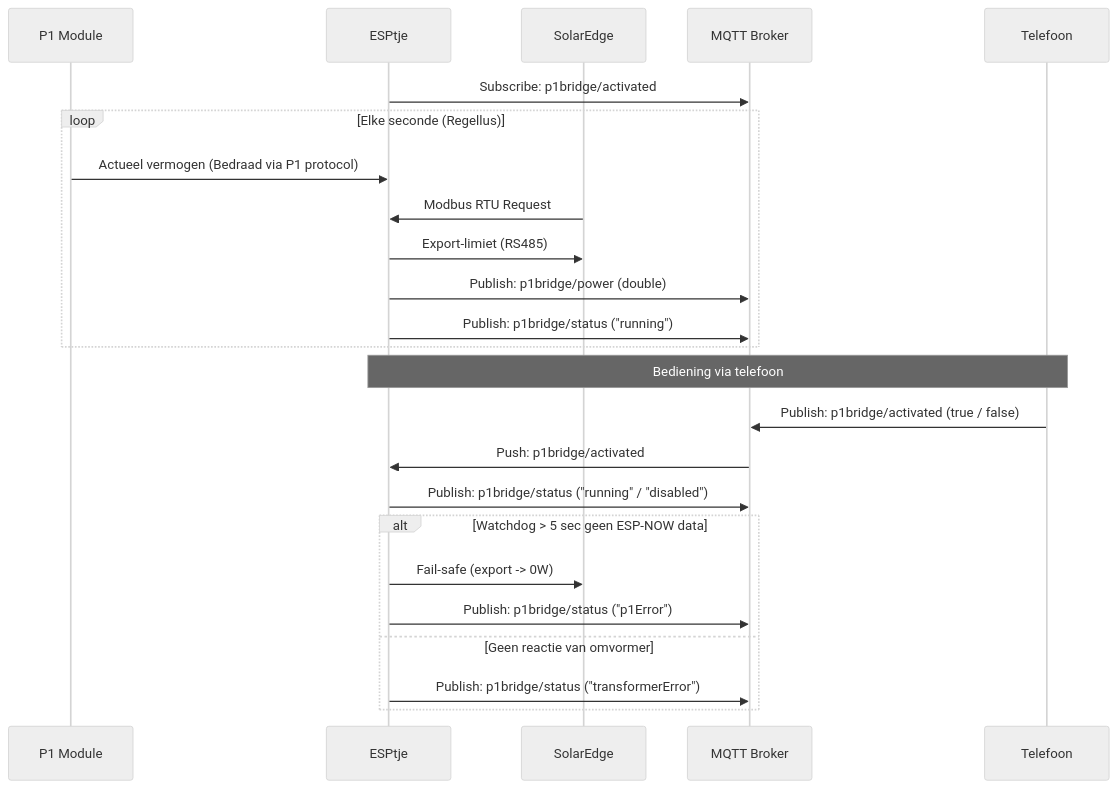
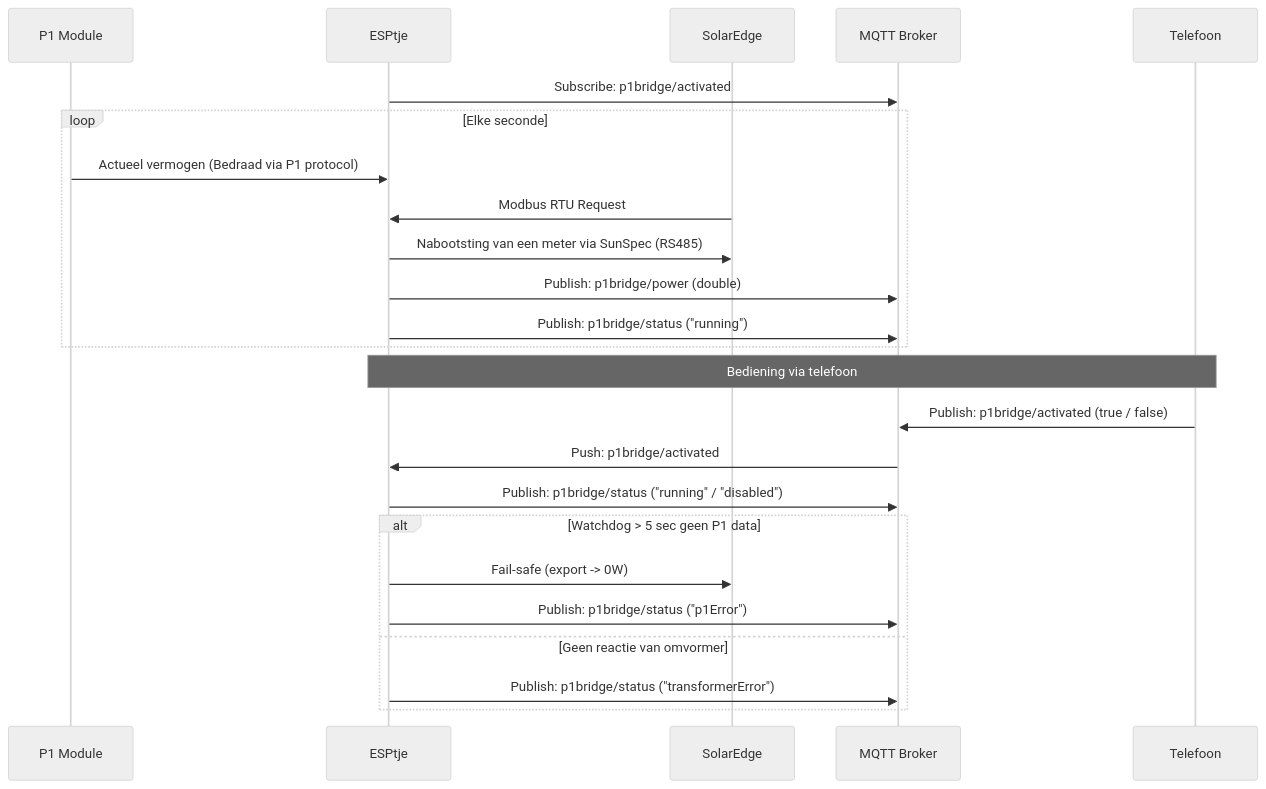
Before and after one commit to HexiDevs/OpenP1Bridge: the diagram in documentation/activitydiagram.md, drawn with Mermaid (neutral theme).

Commit message:
Update activity diagram for clarity and mark subproject as dirty

````diff
--- a/documentation/activitydiagram.md
+++ b/documentation/activitydiagram.md
@@ -1,30 +1,30 @@
 ```mermaid
 sequenceDiagram
     participant P1 as P1 Module
     participant MB as ESPtje
     participant SE as SolarEdge
     participant MQTT as MQTT Broker
     participant App as Telefoon
 
     MB->>MQTT: Subscribe: p1bridge/activated
 
-    loop Elke seconde (Regellus)
+    loop Elke seconde
         P1->>MB: Actueel vermogen (Bedraad via P1 protocol)
         SE->>MB: Modbus RTU Request
-        MB->>SE: Export-limiet (RS485)
+        MB->>SE: Nabootsting van een meter via SunSpec (RS485)
         MB->>MQTT: Publish: p1bridge/power (double)
         MB->>MQTT: Publish: p1bridge/status ("running")
     end
 
     Note over App,MB: Bediening via telefoon
     App->>MQTT: Publish: p1bridge/activated (true / false)
     MQTT->>MB: Push: p1bridge/activated
     MB->>MQTT: Publish: p1bridge/status ("running" / "disabled")
 
-    alt Watchdog > 5 sec geen ESP-NOW data
+    alt Watchdog > 5 sec geen P1 data
         MB->>SE: Fail-safe (export -> 0W)
         MB->>MQTT: Publish: p1bridge/status ("p1Error")
     else Geen reactie van omvormer
         MB->>MQTT: Publish: p1bridge/status ("transformerError")
     end
 ```
````
